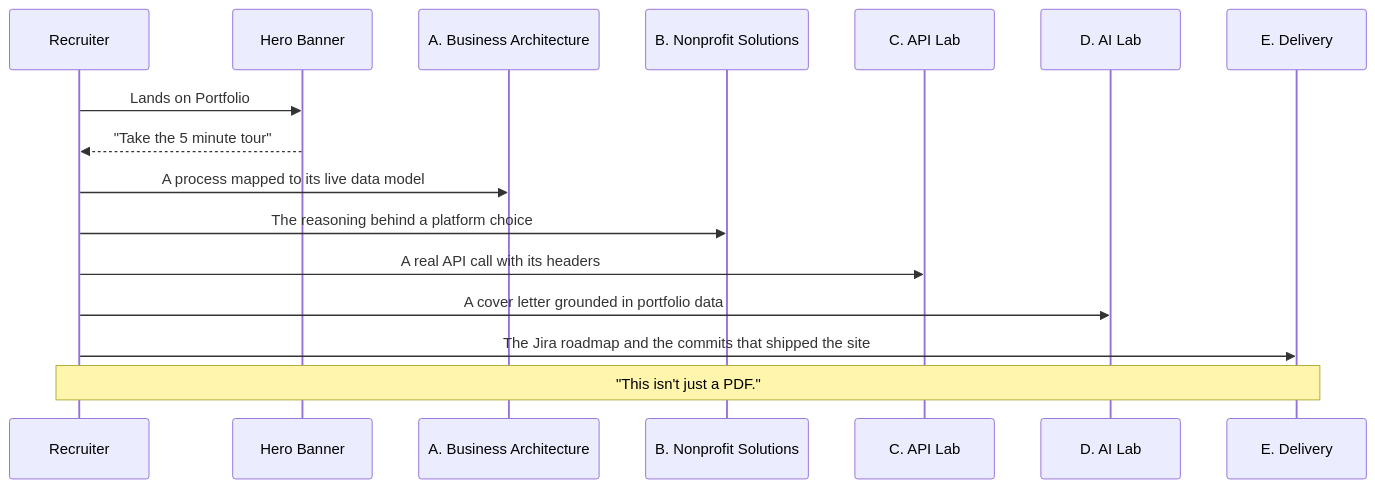
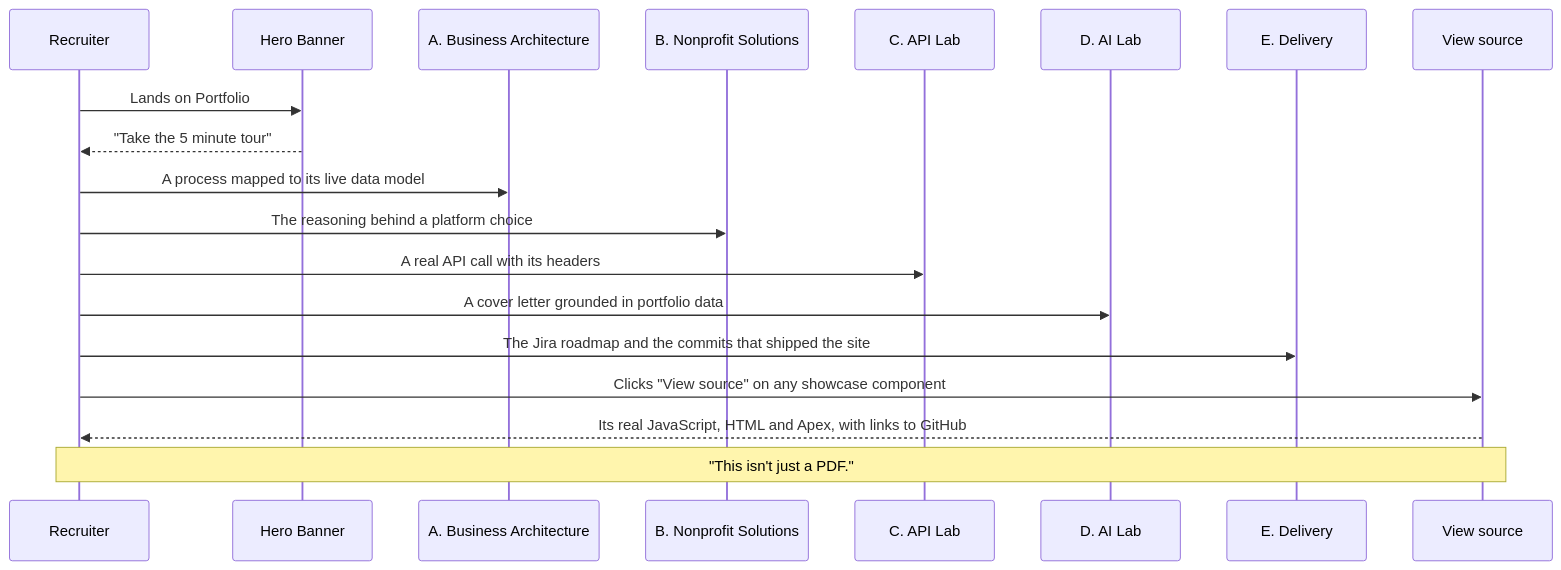
Before and after one commit to rdbumstead/salesforce-platform-architect-portfolio: the diagram in docs/guides/01-Executive-Overview.md, drawn with Mermaid. The commit also changed other lines of this file and 9 other files, not shown here.

````diff
--- a/docs/guides/01-Executive-Overview.md
+++ b/docs/guides/01-Executive-Overview.md
@@ -53,19 +53,22 @@
 ```mermaid
 sequenceDiagram
     participant R as Recruiter
     participant H as Hero Banner
     participant A as A. Business Architecture
     participant B as B. Nonprofit Solutions
     participant C as C. API Lab
     participant D as D. AI Lab
     participant E as E. Delivery
+    participant S as View source
 
     R->>H: Lands on Portfolio
     H-->>R: "Take the 5 minute tour"
     R->>A: A process mapped to its live data model
     R->>B: The reasoning behind a platform choice
     R->>C: A real API call with its headers
     R->>D: A cover letter grounded in portfolio data
     R->>E: The Jira roadmap and the commits that shipped the site
-    Note over R,E: "This isn't just a PDF."
+    R->>S: Clicks "View source" on any showcase component
+    S-->>R: Its real JavaScript, HTML and Apex, with links to GitHub
+    Note over R,S: "This isn't just a PDF."
 ```
````
